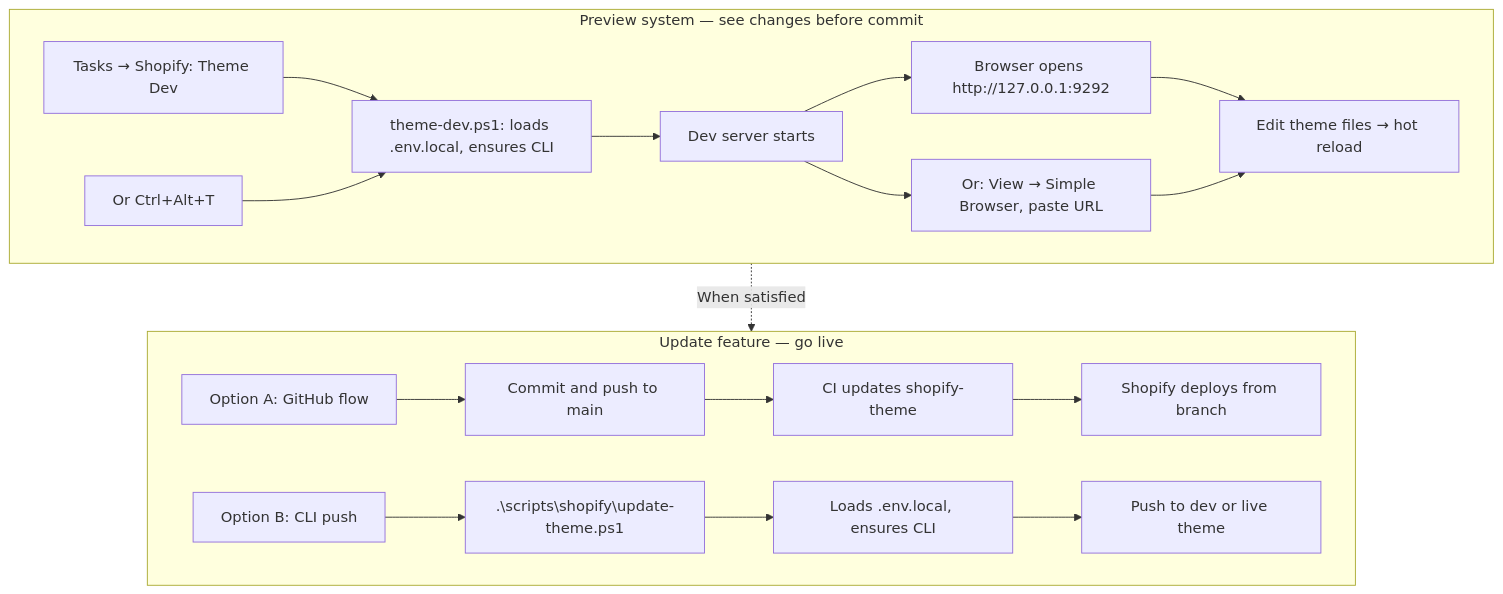
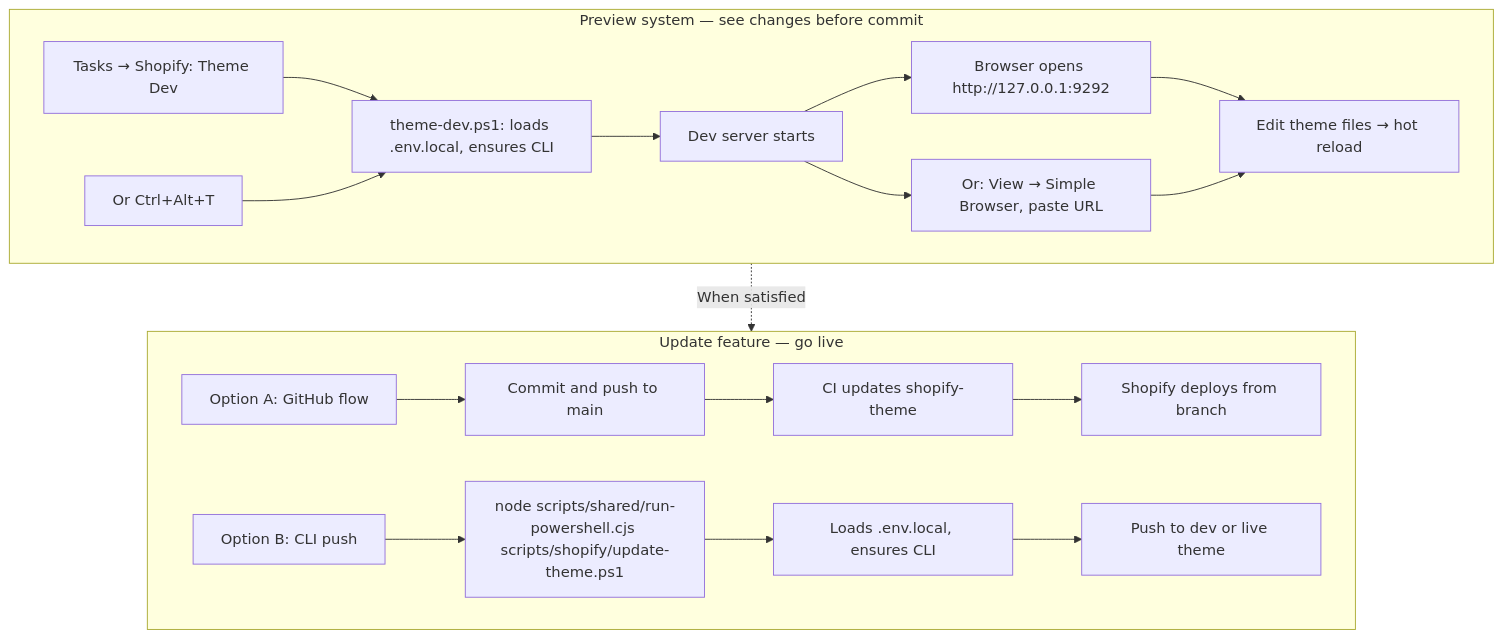
One commit to toodeceptive/against-the-odds changed the first of 7 diagrams in docs/guides/SHOPIFY_CURSOR_USAGE_GUIDE.md. Above: the diagram before and after it, drawn with Mermaid. The commit also changed other lines of this file and 29 other files, not shown here.

````diff
--- a/docs/guides/SHOPIFY_CURSOR_USAGE_GUIDE.md
+++ b/docs/guides/SHOPIFY_CURSOR_USAGE_GUIDE.md
@@ -20,35 +20,35 @@
 ```mermaid
 flowchart TB
   subgraph preview_system [Preview system — see changes before commit]
     P1[Tasks → Shopify: Theme Dev]
     P2[Or Ctrl+Alt+T]
     P3[theme-dev.ps1: loads .env.local, ensures CLI]
     P4[Dev server starts]
     P5[Browser opens http://127.0.0.1:9292]
     P6[Or: View → Simple Browser, paste URL]
     P7[Edit theme files → hot reload]
     P1 --> P3
     P2 --> P3
     P3 --> P4
     P4 --> P5
     P4 --> P6
     P5 --> P7
     P6 --> P7
   end
 
   subgraph update_feature [Update feature — go live]
     U1[Option A: GitHub flow]
     U2[Commit and push to main]
     U2 --> U3[CI updates shopify-theme]
     U3 --> U4[Shopify deploys from branch]
     U1 --> U2
 
     U5[Option B: CLI push]
-    U6[.\scripts\shopify\update-theme.ps1]
+    U6[node scripts/shared/run-powershell.cjs scripts/shopify/update-theme.ps1]
     U6 --> U7[Loads .env.local, ensures CLI]
     U7 --> U8[Push to dev or live theme]
     U5 --> U6
   end
 
   preview_system -.->|When satisfied| update_feature
 ```
````
